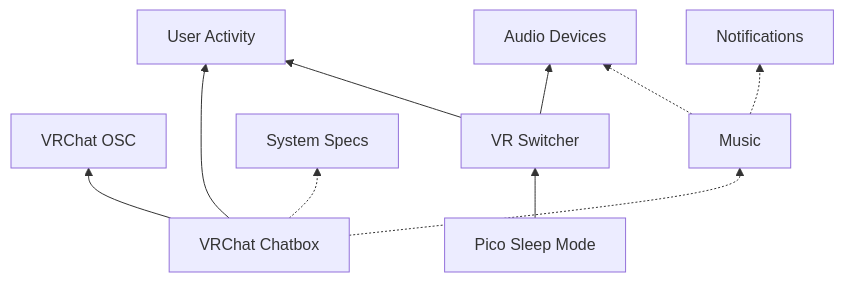
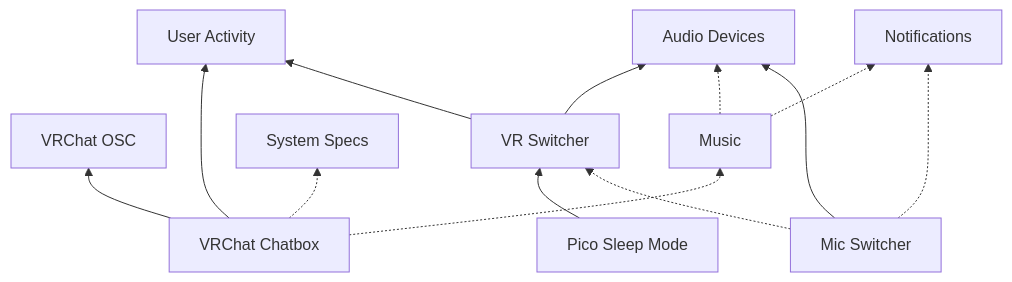
Before and after one commit to QuantumDevTeam/QuantumHub: the third of 3 diagrams in docs/PROJECTS.md, drawn with Mermaid. The commit also changed other lines of this file and 17 other files, not shown here.

Commit message:
[MicSwitcher] add plugin that switches to the microphone with a voice

````diff
--- a/docs/PROJECTS.md
+++ b/docs/PROJECTS.md
@@ -120,12 +121,15 @@
 ```mermaid
 flowchart BT
     Chatbox["VRChat Chatbox"] --> Osc["VRChat OSC"]
     Chatbox --> Activity["User Activity"]
     Chatbox -.-> Music
     Chatbox -.-> Specs["System Specs"]
     Switcher["VR Switcher"] --> Audio["Audio Devices"]
     Switcher --> Activity
     Pico["Pico Sleep Mode"] --> Switcher
     Music -.-> Audio
     Music -.-> Notify["Notifications"]
+    Mic["Mic Switcher"] --> Audio
+    Mic -.-> Notify
+    Mic -.-> Switcher
 ```
````
